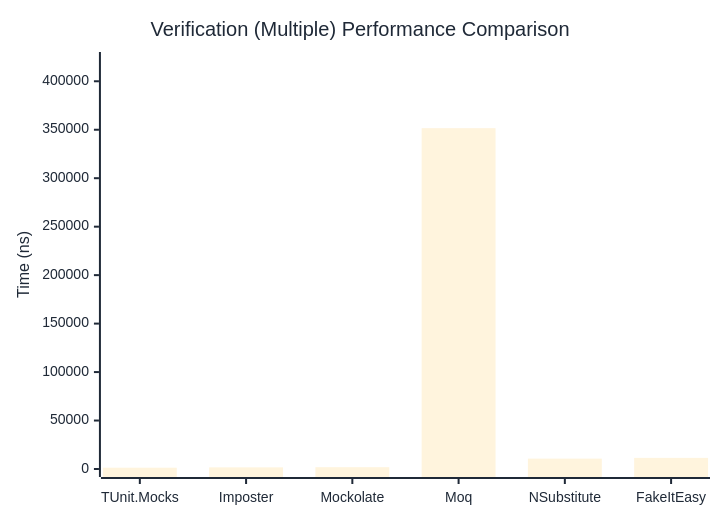
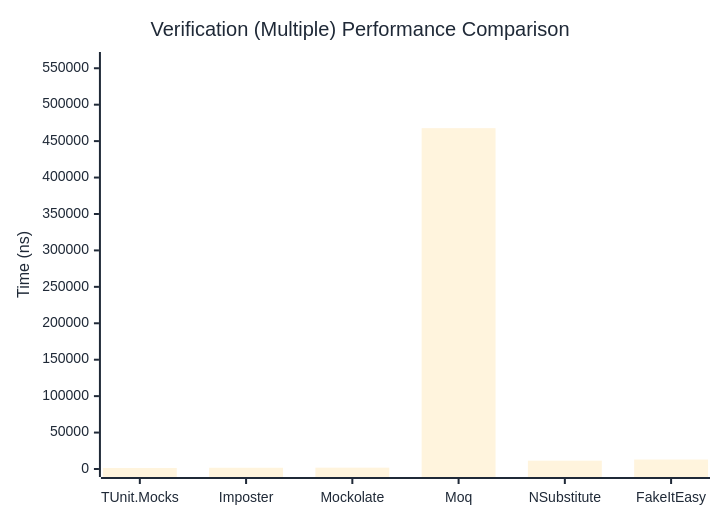
One commit to thomhurst/TUnit changed the third of 3 diagrams in docs/docs/benchmarks/mocks/Verification.md. Above: the diagram before and after it, drawn with Mermaid. The commit also changed other lines of this file and 14 other files, not shown here.

````diff
--- a/docs/docs/benchmarks/mocks/Verification.md
+++ b/docs/docs/benchmarks/mocks/Verification.md
@@ -110,27 +110,27 @@
 ```mermaid
 %%{init: {
   'theme':'base',
   'themeVariables': {
     'primaryColor': '#2563eb',
     'primaryTextColor': '#1f2937',
     'primaryBorderColor': '#1e40af',
     'lineColor': '#6b7280',
     'secondaryColor': '#7c3aed',
     'tertiaryColor': '#dc2626',
     'background': '#ffffff',
     'pie1': '#2563eb',
     'pie2': '#7c3aed',
     'pie3': '#dc2626',
     'pie4': '#f59e0b',
     'pie5': '#10b981',
     'pie6': '#06b6d4',
     'pie7': '#ec4899',
     'pie8': '#6366f1'
   }
 }}%%
 xychart-beta
   title "Verification (Multiple) Performance Comparison"
   x-axis ["TUnit.Mocks", "Imposter", "Mockolate", "Moq", "NSubstitute", "FakeItEasy"]
-  y-axis "Time (ns)" 0 --> 421941
-  bar [1326.6, 1693.49, 1862.24, 351617.43, 10706.11, 11468]
+  y-axis "Time (ns)" 0 --> 561329
+  bar [1361.26, 1688.19, 1829.03, 467773.53, 11427.27, 13009.05]
 ```
````
